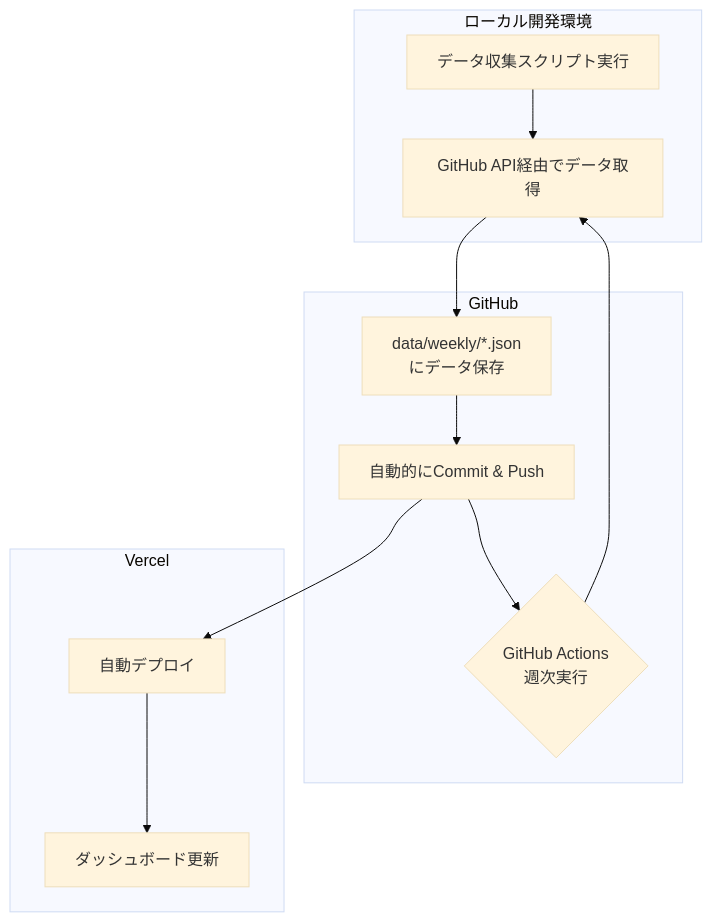
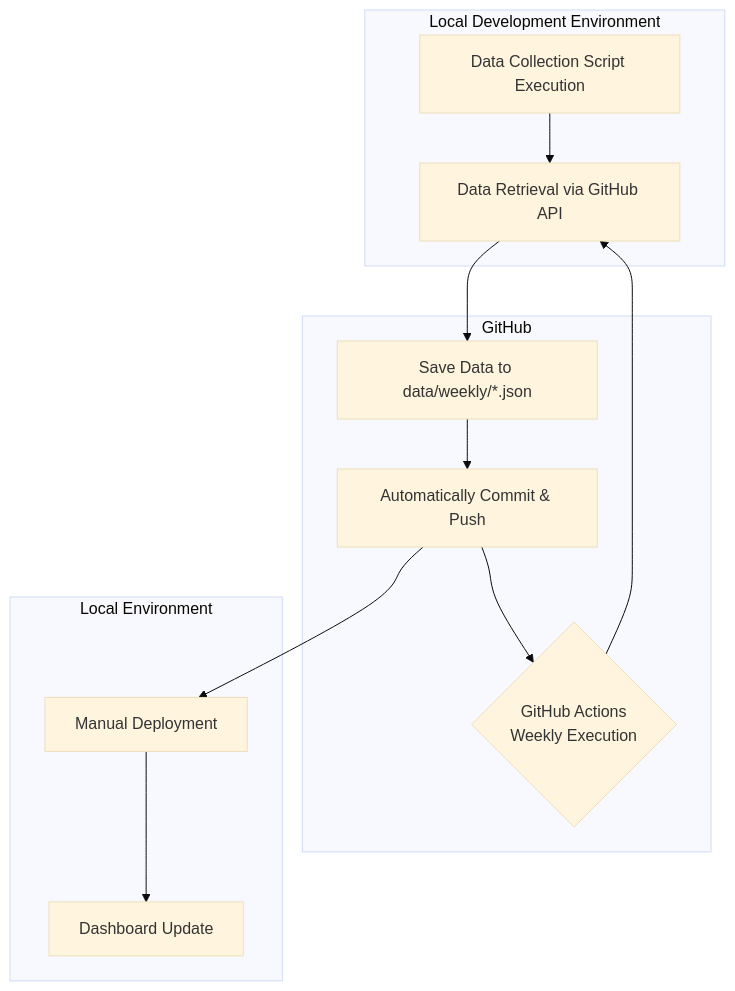
The diagram in README.md (Hide-nu/pr-analytics), drawn with Mermaid (base theme) before and after one commit. The commit also changed other lines of this file, not shown here.

````diff
--- a/README.md
+++ b/README.md
@@ -75,19 +65,19 @@
 ```mermaid
 graph TD
-    subgraph "ローカル開発環境"
-        A[データ収集スクリプト実行] --> B[GitHub API経由でデータ取得]
+    subgraph "Local Development Environment"
+        A[Data Collection Script Execution] --> B[Data Retrieval via GitHub API]
     end
 
     subgraph "GitHub"
-        B --> C[data/weekly/*.json<br/>にデータ保存]
-        C --> D[自動的にCommit & Push]
-        D --> E{GitHub Actions<br/>週次実行}
+        B --> C[Save Data to data/weekly/*.json]
+        C --> D[Automatically Commit & Push]
+        D --> E{GitHub Actions<br/>Weekly Execution}
     end
 
-    subgraph "Vercel"
-        D --> F[自動デプロイ]
-        F --> G[ダッシュボード更新]
+    subgraph "Local Environment"
+        D --> F[Manual Deployment]
+        F --> G[Dashboard Update]
     end
 
     E --> B
 ```
````
